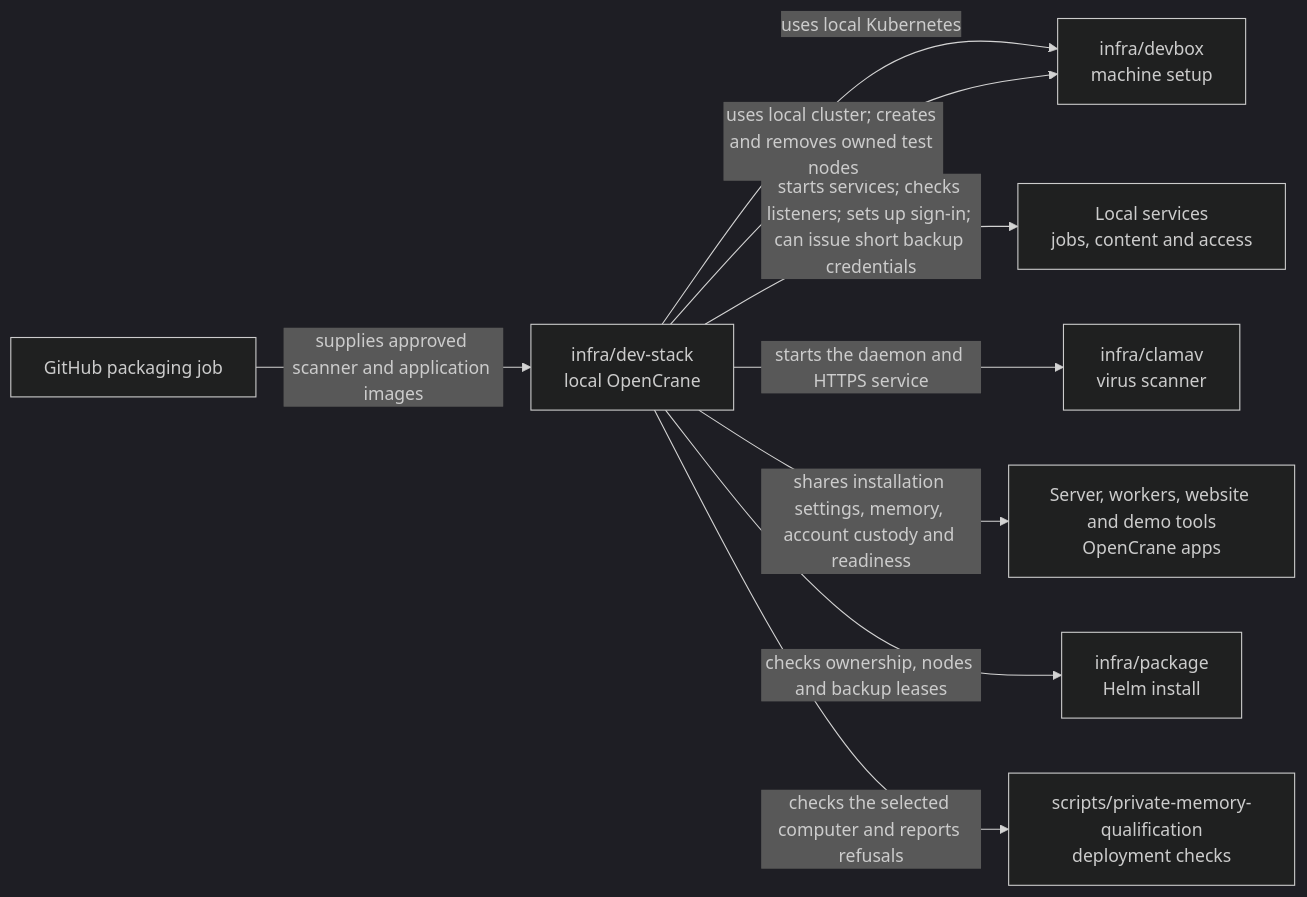
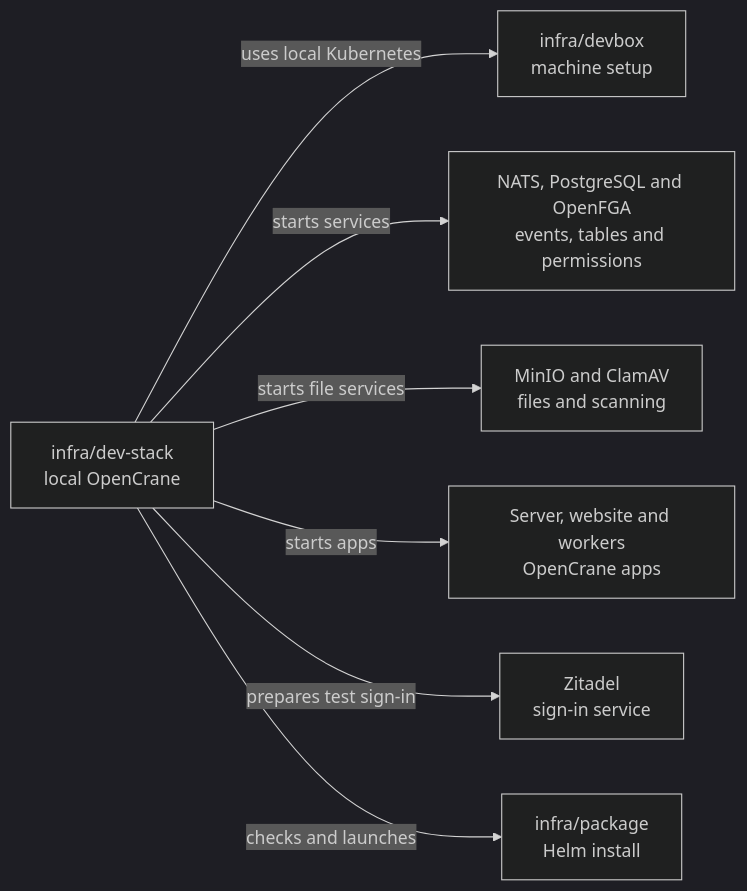
Before and after one commit to elewa-git/opencrane-new: the diagram in infra/dev-stack/README.md, drawn with Mermaid (dark theme). The commit also changed other lines of this file and 12 other files, not shown here.

````diff
--- a/infra/dev-stack/README.md
+++ b/infra/dev-stack/README.md
@@ -16,11 +17,9 @@
 ```mermaid
 flowchart LR
-  packaging["GitHub packaging job"] -->|supplies approved scanner and application images| stack["infra/dev-stack<br/>local OpenCrane"]
-  stack -->|uses local Kubernetes| devbox["infra/devbox<br/>machine setup"]
-  stack -->|starts services; checks listeners; sets up sign-in; can issue short backup credentials| services["Local services<br/>jobs, content and access"]
-  stack -->|starts the daemon and HTTPS service| clamav["infra/clamav<br/>virus scanner"]
-  stack -->|shares installation settings, memory, account custody and readiness| apps["Server, workers, website and demo tools<br/>OpenCrane apps"]
-  stack -->|checks ownership, nodes and backup leases| package["infra/package<br/>Helm install"]
-  stack -->|checks the selected computer and reports refusals| collector["scripts/private-memory-qualification<br/>deployment checks"]
-  stack -->|uses local cluster; creates and removes owned test nodes| devbox
+  stack["infra/dev-stack<br/>local OpenCrane"] -->|uses local Kubernetes| devbox["infra/devbox<br/>machine setup"]
+  stack -->|starts services| services["NATS, PostgreSQL and OpenFGA<br/>events, tables and permissions"]
+  stack -->|starts file services| files["MinIO and ClamAV<br/>files and scanning"]
+  stack -->|starts apps| apps["Server, website and workers<br/>OpenCrane apps"]
+  stack -->|prepares test sign-in| zitadel["Zitadel<br/>sign-in service"]
+  stack -->|checks and launches| package["infra/package<br/>Helm install"]
 ```
````
